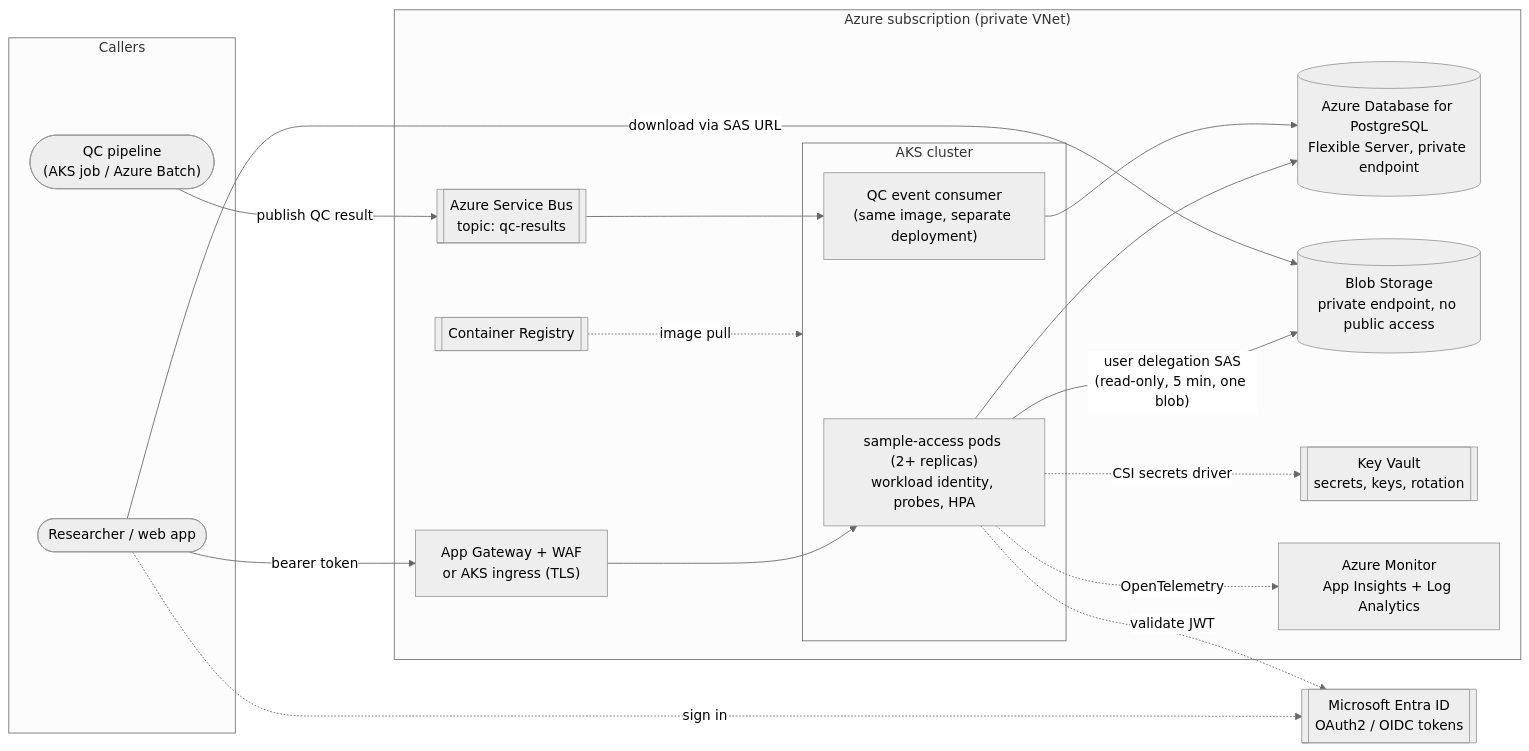
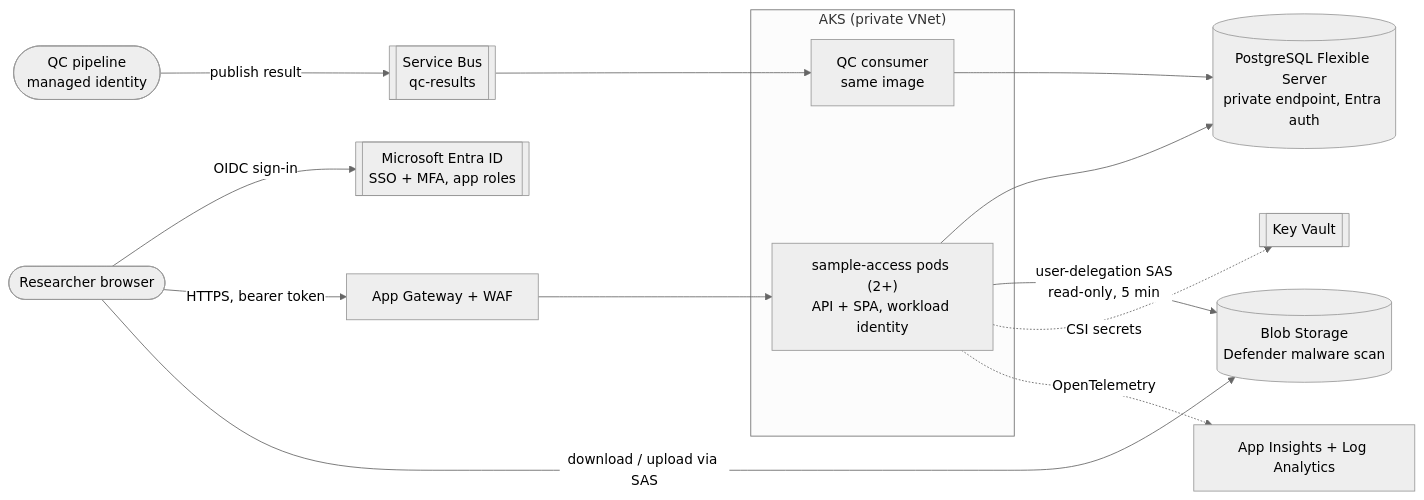
One commit to smitshah06/Sample-File-Access-Service changed the ninth of 10 diagrams in docs/implementation-plan.md. Above: the diagram before and after it, drawn with Mermaid (neutral theme). The commit also changed other lines of this file and 64 other files, not shown here.

First line of the commit message:
Extend the service: UI, sign-in, roles, uploads, and review fixes

````diff
--- a/docs/implementation-plan.md
+++ b/docs/implementation-plan.md
@@ -765,34 +777,18 @@
 ```mermaid
 flowchart LR
-  subgraph users["Callers"]
-    r(["Researcher / web app"])
-    qp(["QC pipeline<br/>(AKS job / Azure Batch)"])
+  r(["Researcher browser"]) -- "OIDC sign-in" --> entra[["Microsoft Entra ID<br/>SSO + MFA, app roles"]]
+  r -- "HTTPS, bearer token" --> agw["App Gateway + WAF"]
+  qp(["QC pipeline<br/>managed identity"]) -- "publish result" --> sb[["Service Bus<br/>qc-results"]]
+  subgraph aks["AKS (private VNet)"]
+    app["sample-access pods (2+)<br/>API + SPA, workload identity"]
+    worker["QC consumer<br/>same image"]
   end
-  entra[["Microsoft Entra ID<br/>OAuth2 / OIDC tokens"]]
-  r -- "bearer token" --> agw
-  r -. "sign in" .-> entra
-  subgraph az["Azure subscription (private VNet)"]
-    agw["App Gateway + WAF<br/>or AKS ingress (TLS)"]
-    subgraph aks["AKS cluster"]
-      app["sample-access pods (2+ replicas)<br/>workload identity, probes, HPA"]
-      worker["QC event consumer<br/>(same image, separate deployment)"]
-    end
-    sb[["Azure Service Bus<br/>topic: qc-results"]]
-    pg[("Azure Database for PostgreSQL<br/>Flexible Server, private endpoint")]
-    blob[("Blob Storage<br/>private endpoint, no public access")]
-    kv[["Key Vault<br/>secrets, keys, rotation"]]
-    mon["Azure Monitor<br/>App Insights + Log Analytics"]
-    acr[["Container Registry"]]
-  end
-  qp -- "publish QC result" --> sb
+  agw --> app
   sb --> worker
-  agw --> app
-  app --> pg
+  app --> pg[("PostgreSQL Flexible Server<br/>private endpoint, Entra auth")]
   worker --> pg
-  app -- "user delegation SAS<br/>(read-only, 5 min, one blob)" --> blob
-  r -- "download via SAS URL" --> blob
-  app -. "CSI secrets driver" .-> kv
-  app -. "OpenTelemetry" .-> mon
-  acr -. "image pull" .-> aks
-  app -. "validate JWT" .-> entra
+  app -- "user-delegation SAS<br/>read-only, 5 min" --> blob[("Blob Storage<br/>Defender malware scan")]
+  r -- "download / upload via SAS" --> blob
+  app -. "CSI secrets" .-> kv[["Key Vault"]]
+  app -. "OpenTelemetry" .-> mon["App Insights + Log Analytics"]
 ```
````
